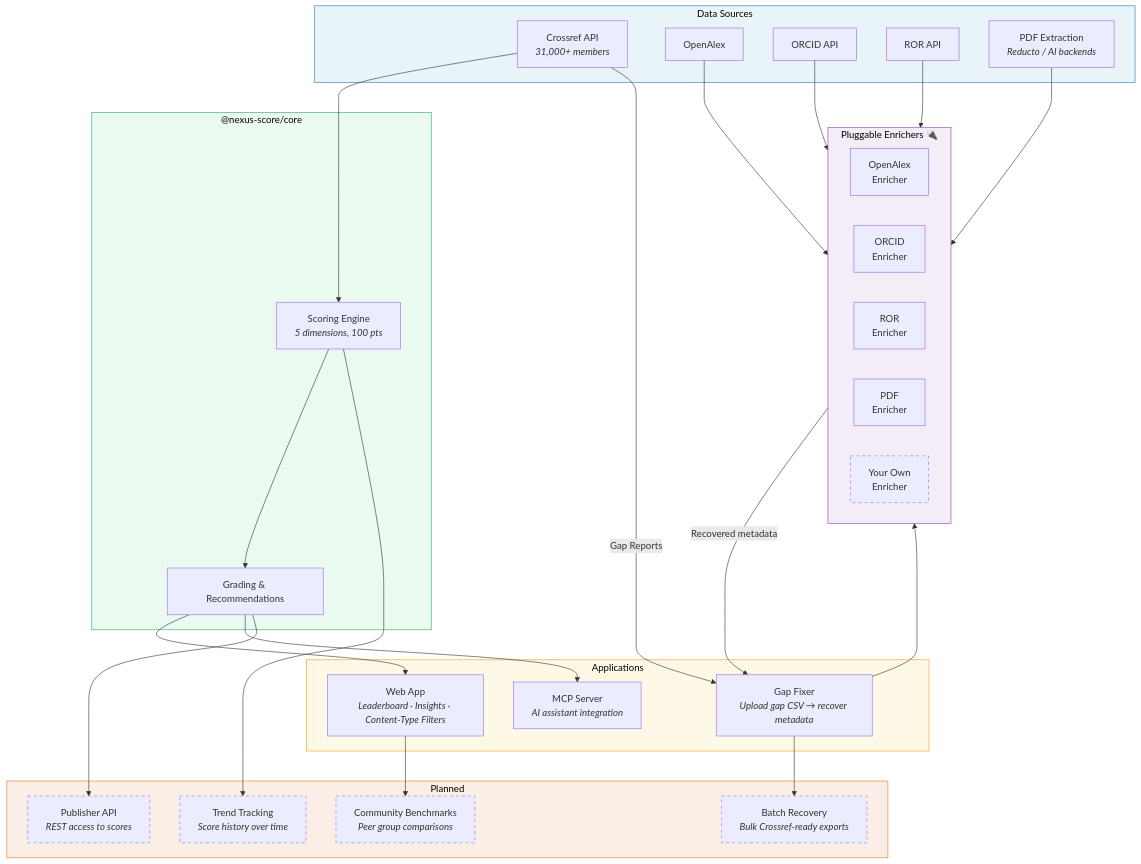
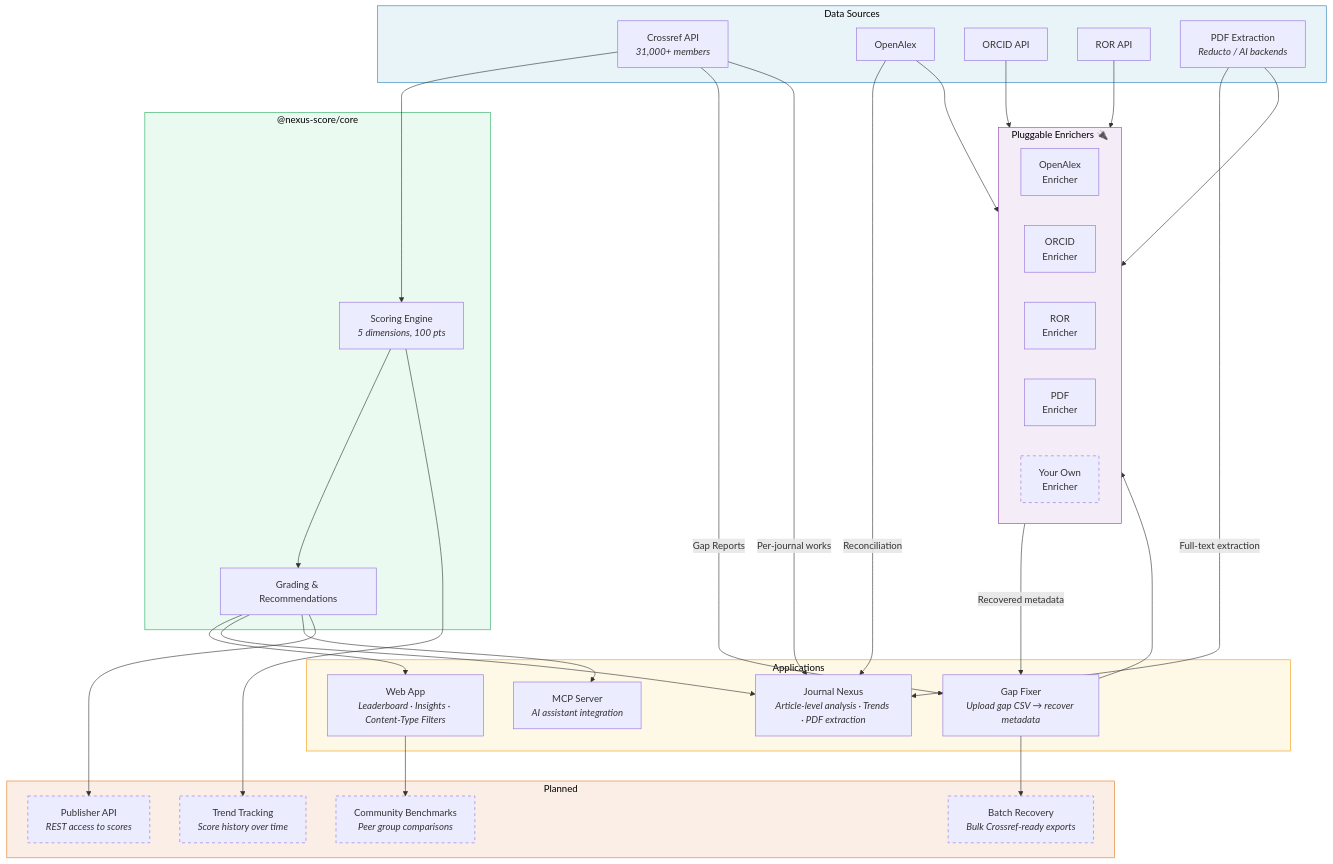
One commit to aadivar/nexus-score changed the diagram in README.md. Above: the diagram before and after it, drawn with Mermaid. The commit also changed other lines of this file, not shown here.

Commit message:
docs: add Journal Nexus to architecture, features, and project structure

````diff
--- a/README.md
+++ b/README.md
@@ -261,66 +284,71 @@
 ```mermaid
 graph TB
     subgraph DATA ["Data Sources"]
         CR["Crossref API<br/><i>31,000+ members</i>"]
         OA["OpenAlex"]
         ORCID["ORCID API"]
         ROR["ROR API"]
         PDF["PDF Extraction<br/><i>Reducto / AI backends</i>"]
     end
 
     subgraph CORE ["@nexus-score/core"]
         SCORE["Scoring Engine<br/><i>5 dimensions, 100 pts</i>"]
         GRADE["Grading & Recommendations"]
     end
 
     subgraph APPS ["Applications"]
         WEB["Web App<br/><i>Leaderboard · Insights · Content-Type Filters</i>"]
+        JN["Journal Nexus<br/><i>Article-level analysis · Trends · PDF extraction</i>"]
         GF["Gap Fixer<br/><i>Upload gap CSV → recover metadata</i>"]
         MCP["MCP Server<br/><i>AI assistant integration</i>"]
     end
 
     subgraph ENRICHERS ["Pluggable Enrichers 🔌"]
         direction LR
         E1["OpenAlex<br/>Enricher"]
         E2["ORCID<br/>Enricher"]
         E3["ROR<br/>Enricher"]
         E4["PDF<br/>Enricher"]
         E5["Your Own<br/>Enricher"]
     end
 
     subgraph PLANNED ["Planned"]
         API["Publisher API<br/><i>REST access to scores</i>"]
         BATCH["Batch Recovery<br/><i>Bulk Crossref-ready exports</i>"]
         TREND["Trend Tracking<br/><i>Score history over time</i>"]
         BENCH["Community Benchmarks<br/><i>Peer group comparisons</i>"]
     end
 
     CR --> SCORE
     SCORE --> GRADE
     GRADE --> WEB
+    GRADE --> JN
     GRADE --> MCP
     GRADE --> API
 
     CR -->|"Gap Reports"| GF
+    CR -->|"Per-journal works"| JN
+    OA -->|"Reconciliation"| JN
+    PDF -->|"Full-text extraction"| JN
     GF --> ENRICHERS
     OA --> E1
     ORCID --> E2
     ROR --> E3
     PDF --> E4
     ENRICHERS -->|"Recovered metadata"| GF
 
     SCORE --> TREND
     WEB --> BENCH
     GF --> BATCH
 
     style DATA fill:#e8f4f8,stroke:#2980b9,color:#000
     style CORE fill:#eafaf1,stroke:#27ae60,color:#000
     style APPS fill:#fef9e7,stroke:#f39c12,color:#000
     style ENRICHERS fill:#f4ecf7,stroke:#8e44ad,color:#000
     style PLANNED fill:#fbeee6,stroke:#e67e22,color:#000
     style E5 stroke-dasharray: 5 5
     style API stroke-dasharray: 5 5
     style BATCH stroke-dasharray: 5 5
     style TREND stroke-dasharray: 5 5
     style BENCH stroke-dasharray: 5 5
 ```
````
